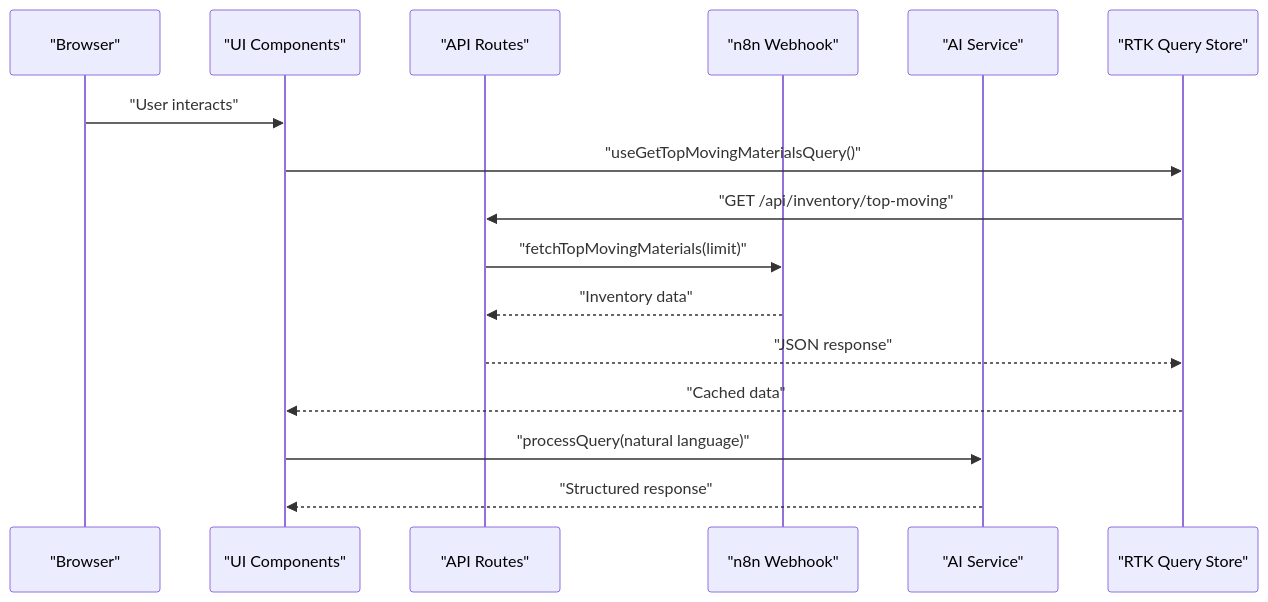
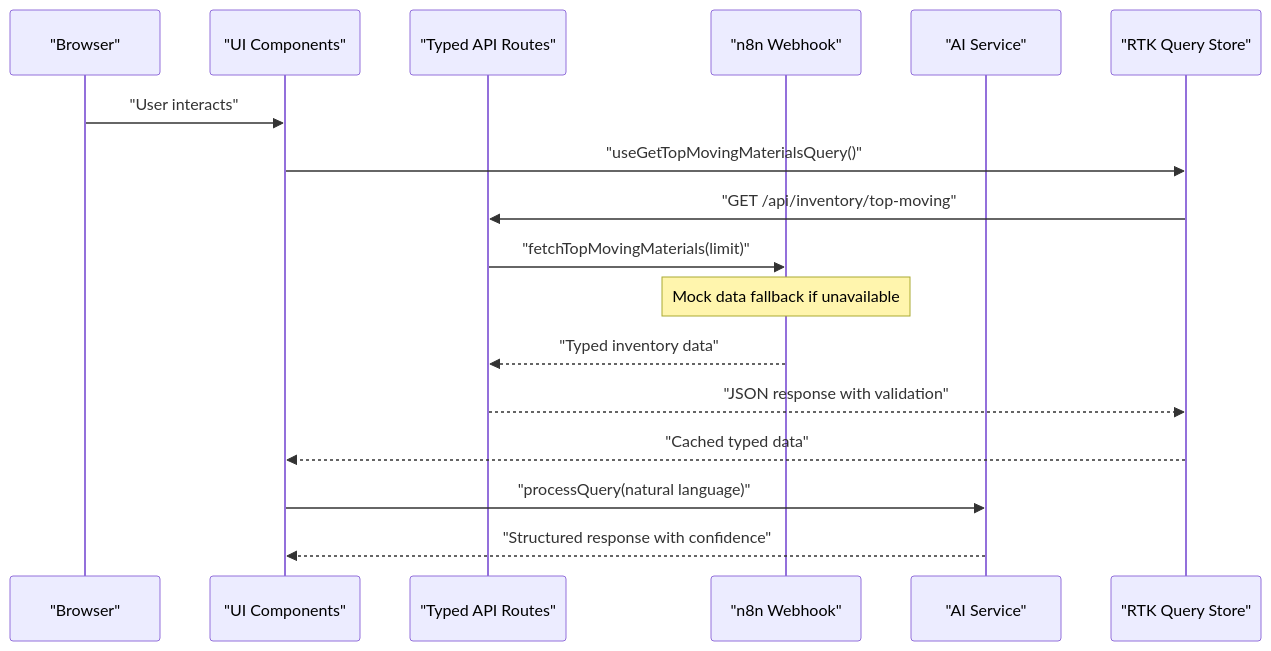
One commit to cacamarica/dashboard-ai changed the second of 3 diagrams in .qoder/repowiki/en/content/API Integration/API Integration.md. Above: the diagram before and after it, drawn with Mermaid. The commit also changed other lines of this file and 14 other files, not shown here.

````diff
--- a/.qoder/repowiki/en/content/API Integration/API Integration.md
+++ b/.qoder/repowiki/en/content/API Integration/API Integration.md
@@ -117,18 +124,19 @@
 ```mermaid
 sequenceDiagram
 participant Client as "Browser"
 participant UI as "UI Components"
-participant API as "API Routes"
+participant API as "Typed API Routes"
 participant N8N as "n8n Webhook"
 participant AI as "AI Service"
 participant Store as "RTK Query Store"
 Client->>UI : "User interacts"
 UI->>Store : "useGetTopMovingMaterialsQuery()"
 Store->>API : "GET /api/inventory/top-moving"
 API->>N8N : "fetchTopMovingMaterials(limit)"
-N8N-->>API : "Inventory data"
-API-->>Store : "JSON response"
-Store-->>UI : "Cached data"
+Note over N8N : Mock data fallback if unavailable
+N8N-->>API : "Typed inventory data"
+API-->>Store : "JSON response with validation"
+Store-->>UI : "Cached typed data"
 UI->>AI : "processQuery(natural language)"
-AI-->>UI : "Structured response"
+AI-->>UI : "Structured response with confidence"
 ```
````
